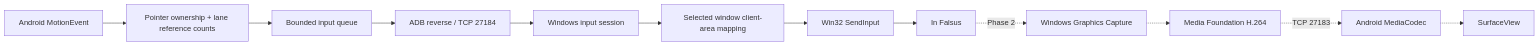
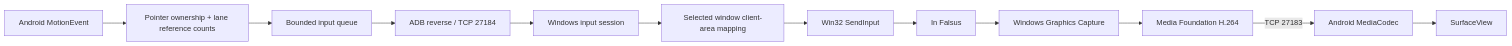
One commit to Cedarflake/InFalsusTouch changed the diagram in ARCHITECTURE.md. Above: the diagram before and after it, drawn with Mermaid. The commit also changed other lines of this file and 51 other files, not shown here.

````diff
--- a/ARCHITECTURE.md
+++ b/ARCHITECTURE.md
@@ -9,14 +9,14 @@
 ```mermaid
 flowchart LR
   Motion[Android MotionEvent] --> Touch[Pointer ownership + lane reference counts]
   Touch --> Queue[Bounded input queue]
   Queue --> Control[ADB reverse / TCP 27184]
   Control --> Session[Windows input session]
   Session --> Target[Selected window client-area mapping]
   Target --> Inject[Win32 SendInput]
   Inject --> Game[In Falsus]
-  Game -. Phase 2 .-> Capture[Windows Graphics Capture]
-  Capture -.-> Encoder[Media Foundation H.264]
-  Encoder -. TCP 27183 .-> Decoder[Android MediaCodec]
-  Decoder -.-> Surface[SurfaceView]
+  Game --> Capture[Windows Graphics Capture]
+  Capture --> Encoder[Media Foundation H.264]
+  Encoder -- TCP 27183 --> Decoder[Android MediaCodec]
+  Decoder --> Surface[SurfaceView]
 ```
````
